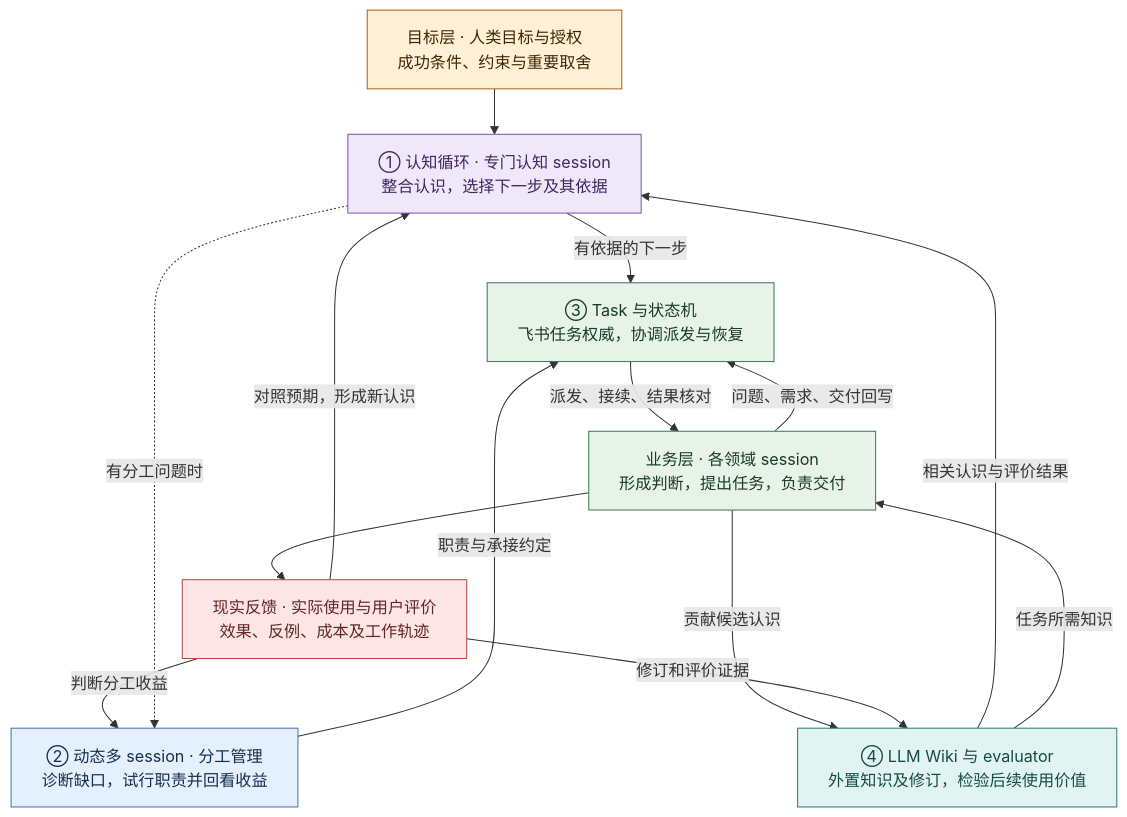
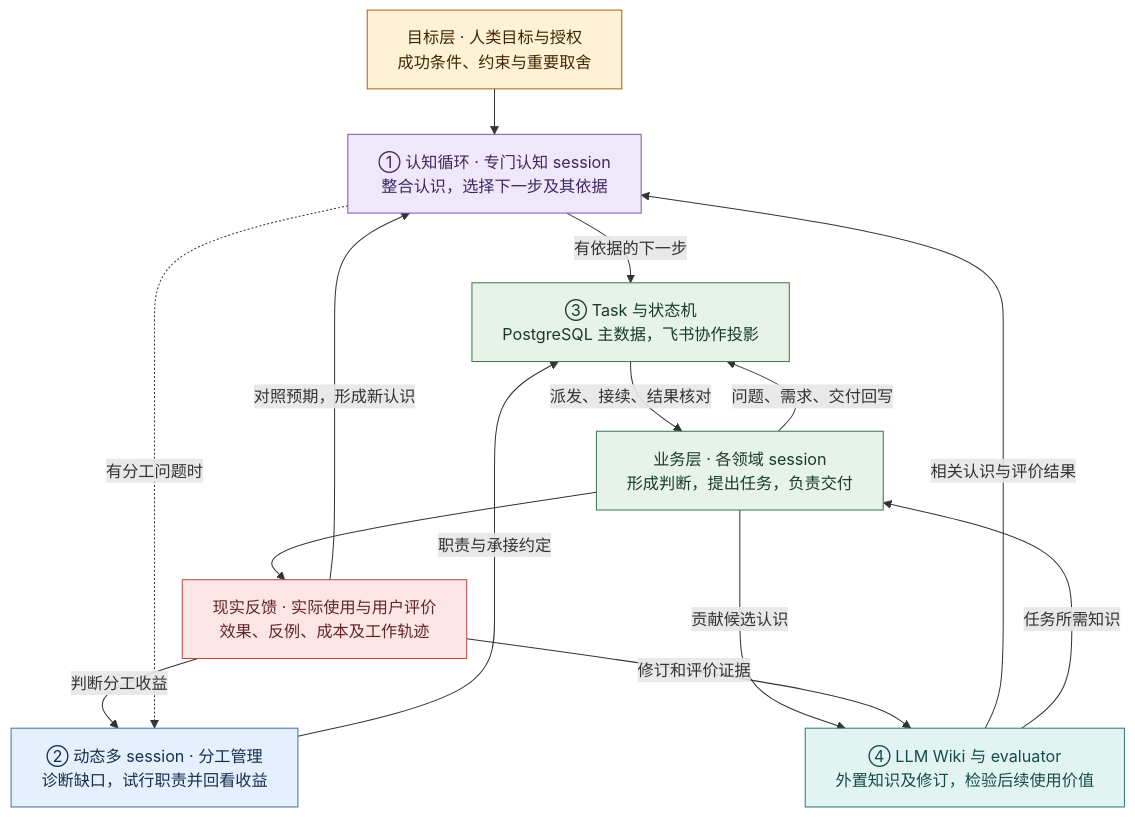
Before and after one commit to cyl19970726/evoLoop: the diagram in docs/architecture/overview.md, drawn with Mermaid. The commit also changed other lines of this file and 20 other files, not shown here.

````diff
--- a/docs/architecture/overview.md
+++ b/docs/architecture/overview.md
@@ -22,30 +22,30 @@
 ```mermaid
 %%{init: {"flowchart":{"wrappingWidth":260,"nodeSpacing":35,"rankSpacing":45}}}%%
 flowchart TB
   H["目标层 · 人类目标与授权<br/>成功条件、约束与重要取舍"]:::human
   C["① 认知循环 · 专门认知 session<br/>整合认识，选择下一步及其依据"]:::cognition
   M["② 动态多 session · 分工管理<br/>诊断缺口，试行职责并回看收益"]:::organization
-  T["③ Task 与状态机<br/>飞书任务权威，协调派发与恢复"]:::execution
+  T["③ Task 与状态机<br/>PostgreSQL 主数据，飞书协作投影"]:::execution
   B["业务层 · 各领域 session<br/>形成判断，提出任务，负责交付"]:::execution
   F["现实反馈 · 实际使用与用户评价<br/>效果、反例、成本及工作轨迹"]:::evidence
   K["④ LLM Wiki 与 evaluator<br/>外置知识及修订，检验后续使用价值"]:::knowledge
   H --> C
   C -->|有依据的下一步| T
   M -->|职责与承接约定| T
   T -->|派发、接续、结果核对| B
   B -->|问题、需求、交付回写| T
   B --> F
   B -->|贡献候选认识| K
   F -->|对照预期，形成新认识| C
   F -->|判断分工收益| M
   F -->|修订和评价证据| K
   K -->|相关认识与评价结果| C
   K -->|任务所需知识| B
   C -.->|有分工问题时| M
   classDef human fill:#FFF1D6,stroke:#A86412,color:#402700
   classDef cognition fill:#EFE7FA,stroke:#8056A8,color:#40275D
   classDef organization fill:#E5F0FF,stroke:#4270A8,color:#172F4B
   classDef execution fill:#E7F2E9,stroke:#3C7654,color:#183C28
   classDef knowledge fill:#E2F4F2,stroke:#297A73,color:#154B47
   classDef evidence fill:#FCE5E5,stroke:#B44949,color:#612626
 ```
````
